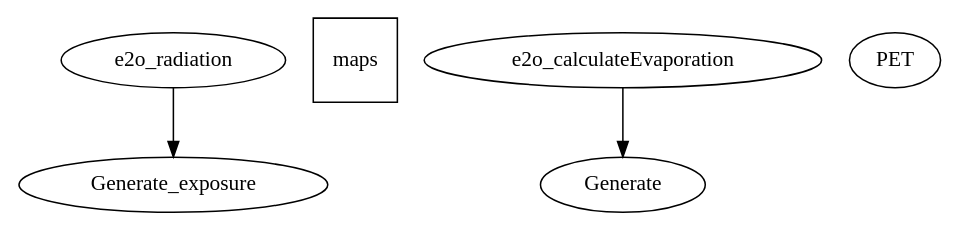
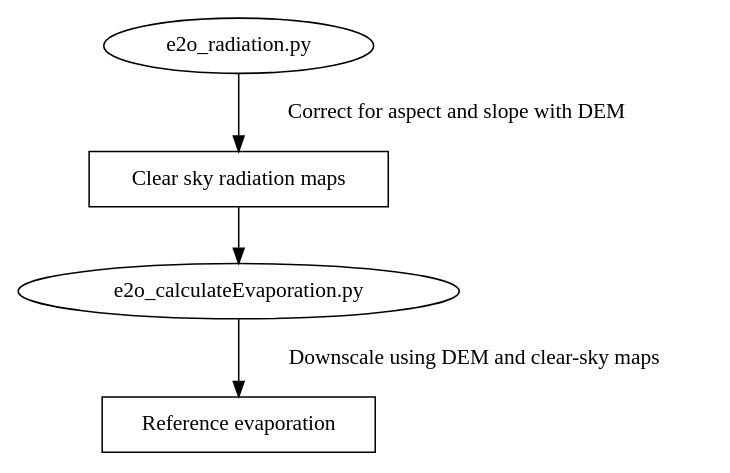
The diagram in doc/index.rst (earth2observe/downscaling-tools), drawn with Graphviz before and after one commit. The commit also changed other lines of this file and 6 other files, not shown here.

```diff
--- a/doc/index.rst
+++ b/doc/index.rst
@@ -20,5 +22,9 @@
 .. digraph:: steps
 
-    e2o_radiation -> Generate_exposure maps [shape=square];
-    e2o_calculateEvaporation -> Generate PET maps
+    "Clear sky radiation maps" [shape=box];    
+    "Reference evaporation" [shape=box];    
+    "e2o_radiation.py" -> "Clear sky radiation maps" [label =" Correct for aspect and slope with DEM"];
+     "e2o_calculateEvaporation.py" -> "Reference evaporation" [label =" Downscale using DEM and clear-sky maps"]
+    "Clear sky radiation maps" -> "e2o_calculateEvaporation.py"
+
     dpi=69;
```
